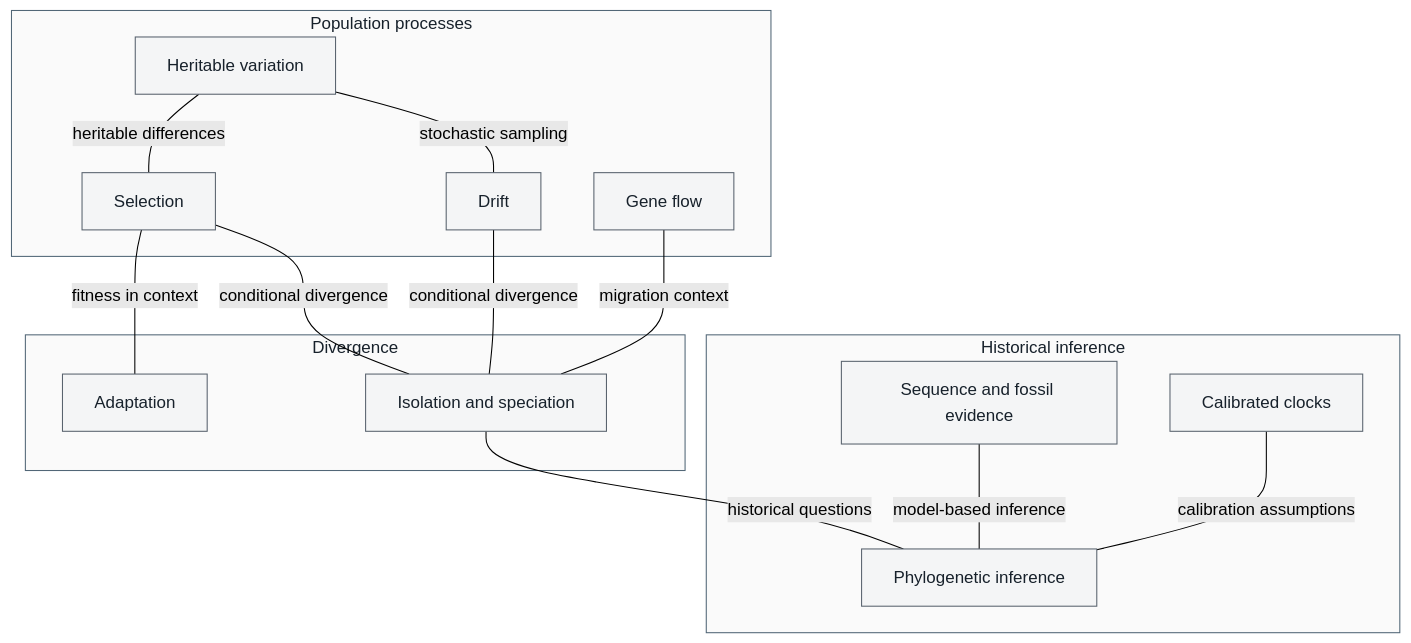
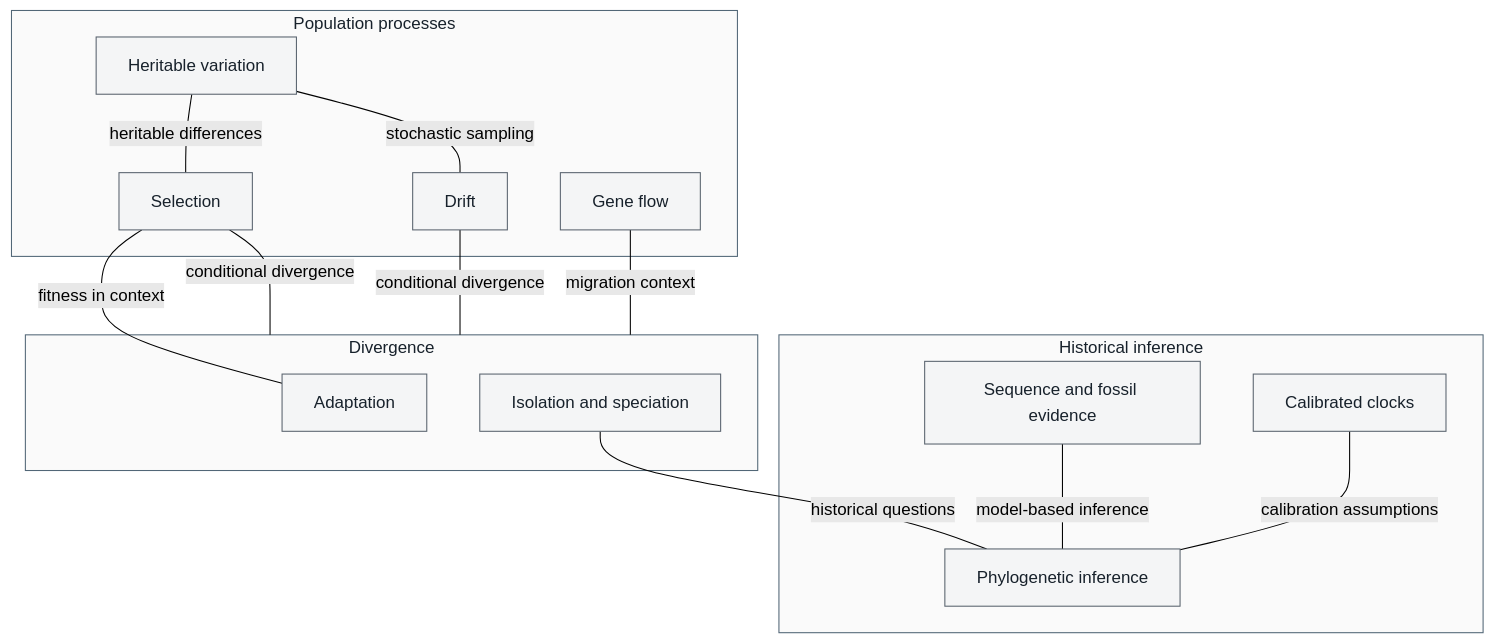
One commit to docxology/biology_textbook changed the diagram in docs/manuscript/unit_VI/unit_intro.md. Above: the diagram before and after it, drawn with Mermaid (forest theme). The commit also changed 18 other files, not shown here.

Commit message:
Close scientific peer findings and prove collision-free graphical overview sources

````diff
--- a/docs/manuscript/unit_VI/unit_intro.md
+++ b/docs/manuscript/unit_VI/unit_intro.md
@@ -46,35 +46,35 @@
 ```mermaid
 ---
 config:
   layout: dagre
 ---
 graph TD
     subgraph P["Population processes"]
         V["Heritable variation"]
         S["Selection"]
         D["Drift"]
         G["Gene flow"]
     end
     subgraph E["Divergence"]
         A["Adaptation"]
         I["Isolation and speciation"]
     end
     subgraph H["Historical inference"]
         F["Sequence and fossil evidence"]
         T["Phylogenetic inference"]
         C["Calibrated clocks"]
     end
     V ---|"heritable differences"| S
     V ---|"stochastic sampling"| D
     S ---|"fitness in context"| A
-    S ---|"conditional divergence"| I
-    D ---|"conditional divergence"| I
-    G ---|"migration context"| I
+    S ---|"conditional divergence"| E
+    D ---|"conditional divergence"| E
+    G ---|"migration context"| E
     I ---|"historical questions"| T
     F ---|"model-based inference"| T
     C ---|"calibration assumptions"| T
     classDef default fill:#f4f5f6,stroke:#59636e,color:#17212b
     style P fill:#fafafa,stroke:#526777,color:#17212b
     style E fill:#fafafa,stroke:#526777,color:#17212b
     style H fill:#fafafa,stroke:#526777,color:#17212b
 ```
````
